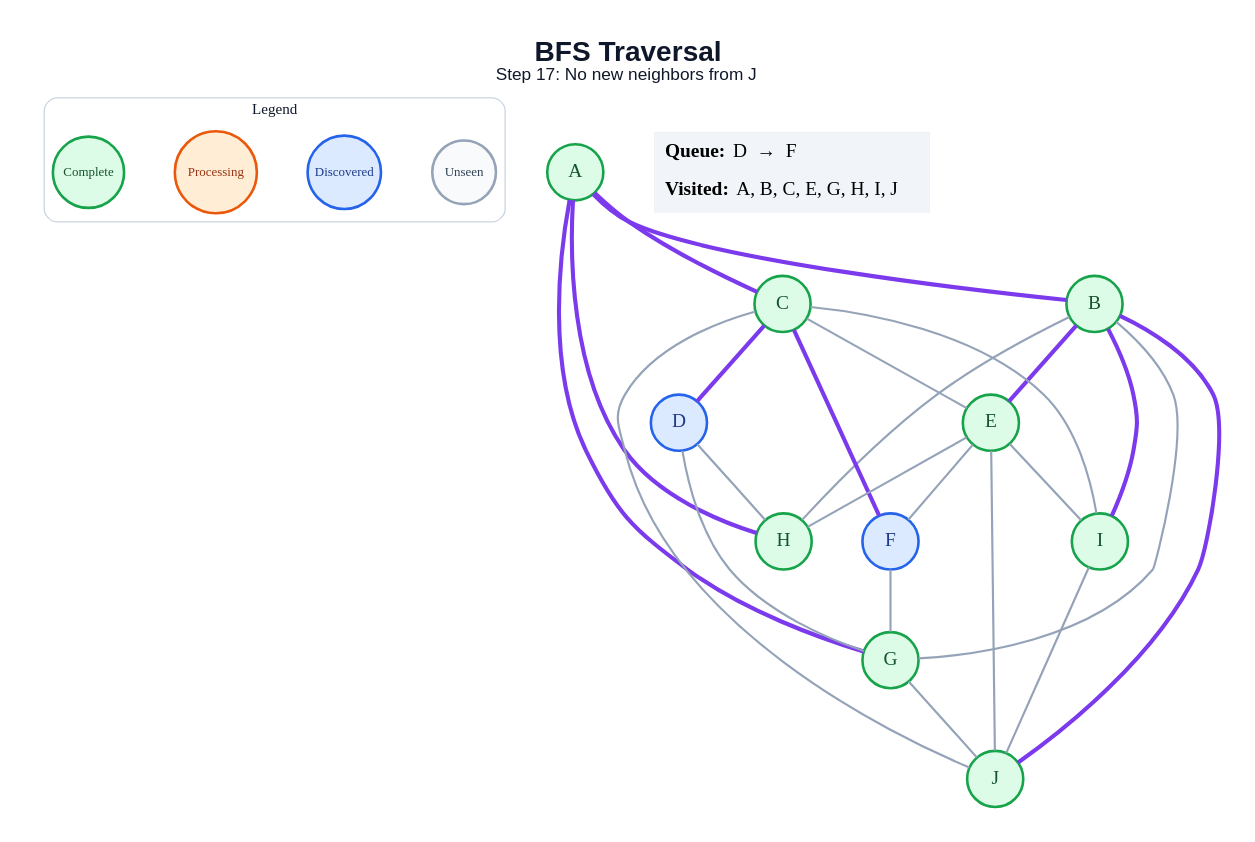
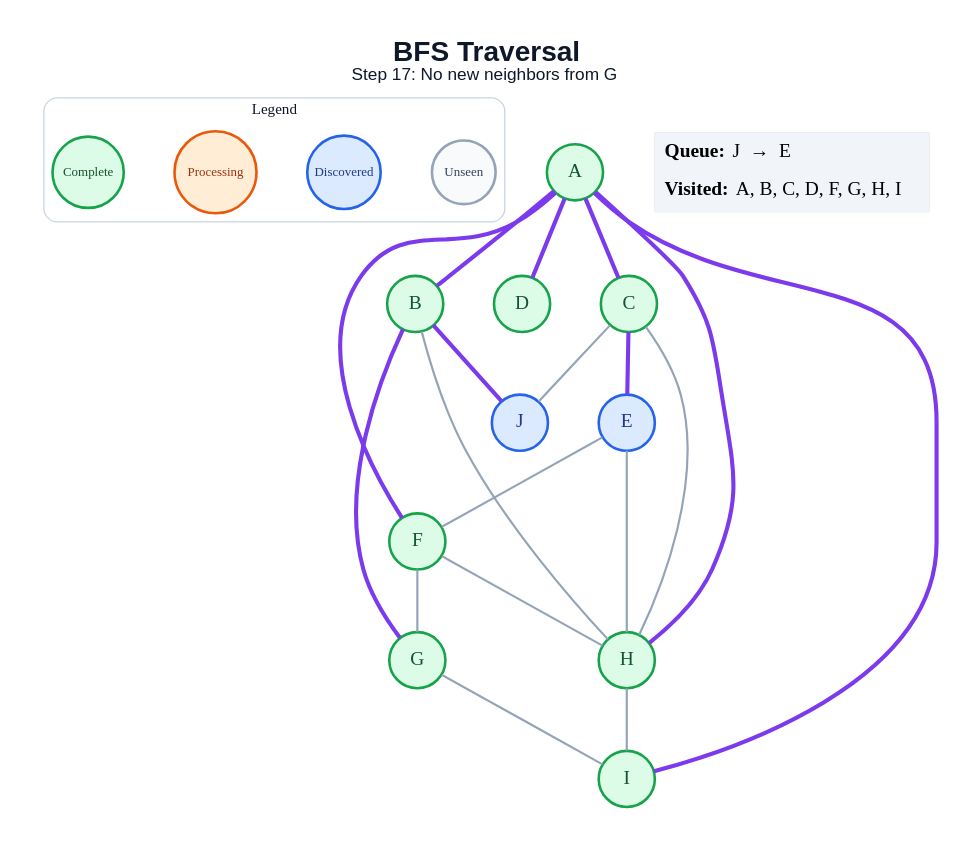
One commit to amanghodawala9/ai-slop changed the diagram in generated/bfs/step_17.dot. Above: the diagram before and after it, drawn with Graphviz. The commit also changed 178 other files, not shown here.

```diff
--- a/generated/bfs/step_17.dot
+++ b/generated/bfs/step_17.dot
@@ -1,52 +1,47 @@
 graph traversal {
   graph [layout=dot, rankdir=TB, bgcolor="#FFFFFF", pad="0.35", nodesep="0.65", ranksep="0.8", fontname="Arial"];
   node [shape=circle, style="filled", fontname="Arial Bold", fontsize=18, width=0.72, fixedsize=true, penwidth=2.4];
   edge [color="#94A3B8", penwidth=2.0];
-  label=<<B>BFS Traversal</B><BR/><FONT POINT-SIZE="16">Step 17: No new neighbors from J</FONT>>; labelloc="t"; fontsize=26; fontname="Arial"; fontcolor="#0F172A";
+  label=<<B>BFS Traversal</B><BR/><FONT POINT-SIZE="16">Step 17: No new neighbors from G</FONT>>; labelloc="t"; fontsize=26; fontname="Arial"; fontcolor="#0F172A";
   subgraph cluster_legend { label="Legend"; color="#CBD5E1"; penwidth=1.2; style="rounded"; fontsize=14; fontname="Arial Bold";
     key_unseen [label="Unseen", fillcolor="#F8FAFC", color="#94A3B8", fontcolor="#334155", fontsize=12, width=0.82];
     key_frontier [label="Discovered", fillcolor="#DBEAFE", color="#2563EB", fontcolor="#1E3A8A", fontsize=12, width=0.95];
     key_current [label="Processing", fillcolor="#FFEDD5", color="#EA580C", fontcolor="#9A3412", fontsize=12, width=1.05];
     key_done [label="Complete", fillcolor="#DCFCE7", color="#16A34A", fontcolor="#14532D", fontsize=12, width=0.92];
     { rank=same; key_unseen; key_frontier; key_current; key_done; }
   }
   A [fillcolor="#DCFCE7", color="#16A34A", fontcolor="#14532D"];
   B [fillcolor="#DCFCE7", color="#16A34A", fontcolor="#14532D"];
   C [fillcolor="#DCFCE7", color="#16A34A", fontcolor="#14532D"];
-  D [fillcolor="#DBEAFE", color="#2563EB", fontcolor="#1E3A8A"];
-  E [fillcolor="#DCFCE7", color="#16A34A", fontcolor="#14532D"];
-  F [fillcolor="#DBEAFE", color="#2563EB", fontcolor="#1E3A8A"];
+  D [fillcolor="#DCFCE7", color="#16A34A", fontcolor="#14532D"];
+  E [fillcolor="#DBEAFE", color="#2563EB", fontcolor="#1E3A8A"];
+  F [fillcolor="#DCFCE7", color="#16A34A", fontcolor="#14532D"];
   G [fillcolor="#DCFCE7", color="#16A34A", fontcolor="#14532D"];
   H [fillcolor="#DCFCE7", color="#16A34A", fontcolor="#14532D"];
   I [fillcolor="#DCFCE7", color="#16A34A", fontcolor="#14532D"];
-  J [fillcolor="#DCFCE7", color="#16A34A", fontcolor="#14532D"];
+  J [fillcolor="#DBEAFE", color="#2563EB", fontcolor="#1E3A8A"];
   A -- B [color="#7C3AED", penwidth=3.8];
   A -- C [color="#7C3AED", penwidth=3.8];
-  A -- G [color="#7C3AED", penwidth=3.8];
+  A -- D [color="#7C3AED", penwidth=3.8];
+  A -- F [color="#7C3AED", penwidth=3.8];
   A -- H [color="#7C3AED", penwidth=3.8];
-  B -- E [color="#7C3AED", penwidth=3.8];
-  B -- G;
+  A -- I [color="#7C3AED", penwidth=3.8];
+  B -- G [color="#7C3AED", penwidth=3.8];
   B -- H;
-  B -- I [color="#7C3AED", penwidth=3.8];
   B -- J [color="#7C3AED", penwidth=3.8];
-  C -- D [color="#7C3AED", penwidth=3.8];
-  C -- E;
-  C -- F [color="#7C3AED", penwidth=3.8];
-  C -- I;
+  C -- E [color="#7C3AED", penwidth=3.8];
+  C -- H;
   C -- J;
-  D -- G;
-  D -- H;
   E -- F;
   E -- H;
-  E -- I;
-  E -- J;
   F -- G;
-  G -- J;
-  I -- J;
+  F -- H;
+  G -- I;
+  H -- I;
   status [shape=plain, fixedsize=false, width=0, height=0, margin=0, label=<
     <TABLE BORDER="0" CELLBORDER="0" CELLPADDING="7" BGCOLOR="#F1F5F9">
-      <TR><TD ALIGN="LEFT"><B>Queue:</B> D  →  F</TD></TR>
-      <TR><TD ALIGN="LEFT"><B>Visited:</B> A, B, C, E, G, H, I, J</TD></TR>
+      <TR><TD ALIGN="LEFT"><B>Queue:</B> J  →  E</TD></TR>
+      <TR><TD ALIGN="LEFT"><B>Visited:</B> A, B, C, D, F, G, H, I</TD></TR>
     </TABLE>
   >];
 }
```
